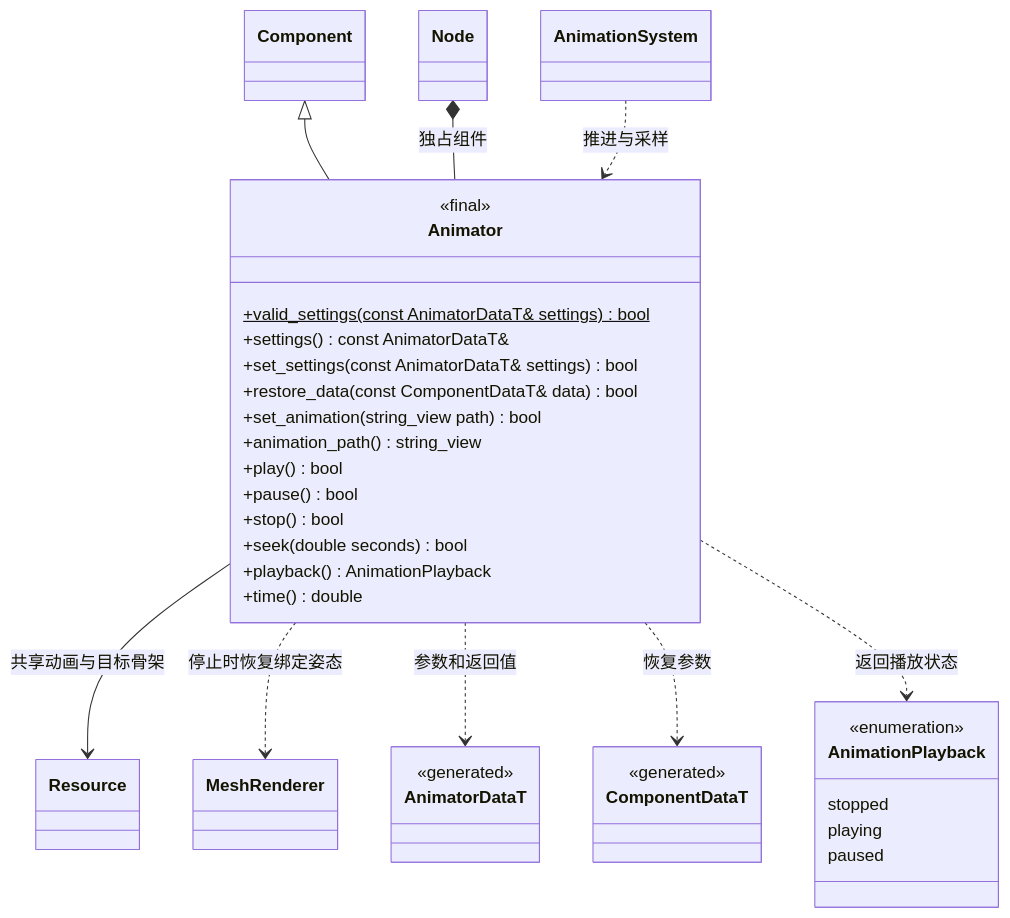
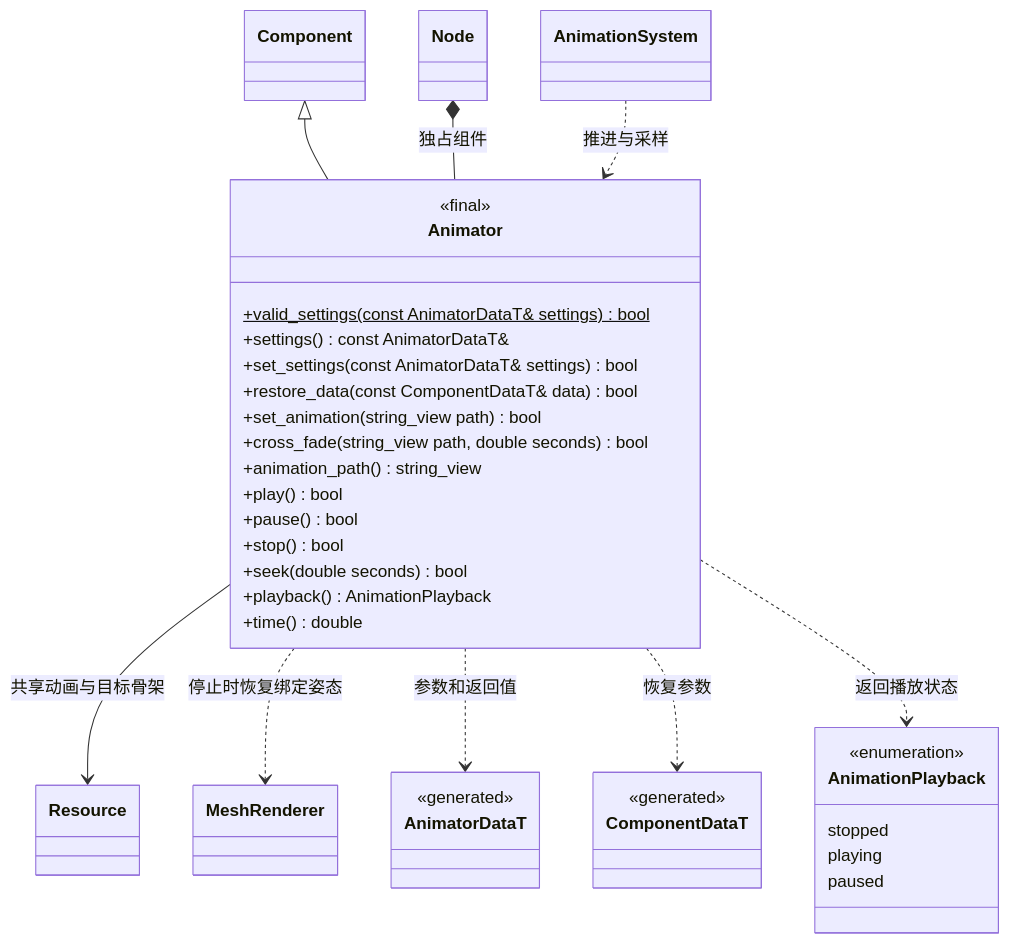
One commit to lcals/Engine changed the diagram in docs/runtime/class-diagrams/animator.md. Above: the diagram before and after it, drawn with Mermaid. The commit also changed other lines of this file and 49 other files, not shown here.

````diff
--- a/docs/runtime/class-diagrams/animator.md
+++ b/docs/runtime/class-diagrams/animator.md
@@ -5,43 +5,44 @@
 ```mermaid
 classDiagram
     class Animator {
         <<final>>
         +valid_settings(const AnimatorDataT& settings)$ bool
         +settings() const AnimatorDataT&
         +set_settings(const AnimatorDataT& settings) bool
         +restore_data(const ComponentDataT& data) bool
         +set_animation(string_view path) bool
+        +cross_fade(string_view path, double seconds) bool
         +animation_path() string_view
         +play() bool
         +pause() bool
         +stop() bool
         +seek(double seconds) bool
         +playback() AnimationPlayback
         +time() double
     }
     class Component
     class Node
     class AnimationSystem
     class MeshRenderer
     class Resource
     class AnimatorDataT {
         <<generated>>
     }
     class ComponentDataT {
         <<generated>>
     }
     class AnimationPlayback {
         <<enumeration>>
         stopped
         playing
         paused
     }
     Component <|-- Animator
     Node *-- Animator : 独占组件
     Animator --> Resource : 共享动画与目标骨架
     Animator ..> MeshRenderer : 停止时恢复绑定姿态
     Animator ..> AnimatorDataT : 参数和返回值
     Animator ..> ComponentDataT : 恢复参数
     Animator ..> AnimationPlayback : 返回播放状态
     AnimationSystem ..> Animator : 推进与采样
 ```
````
